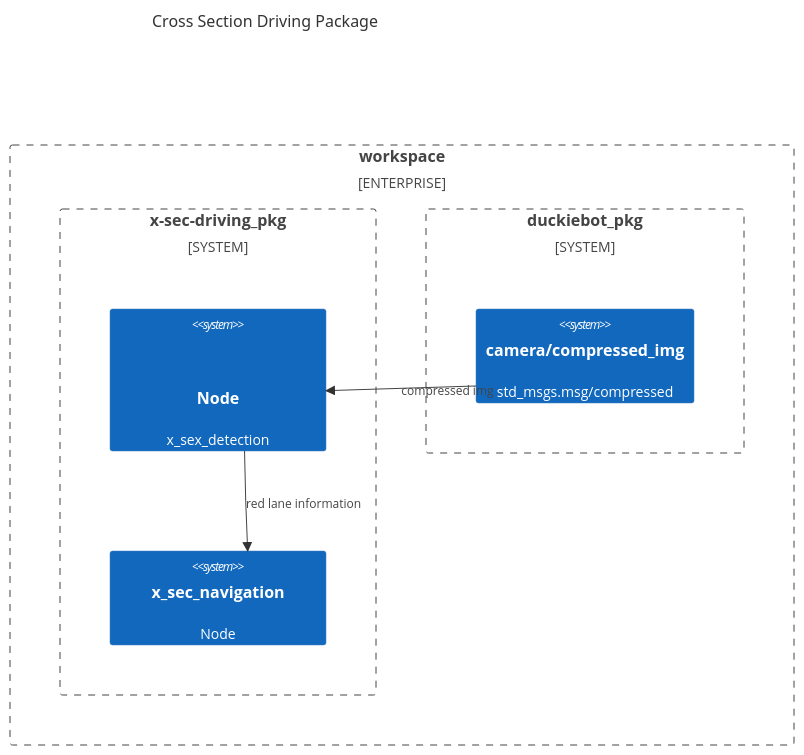
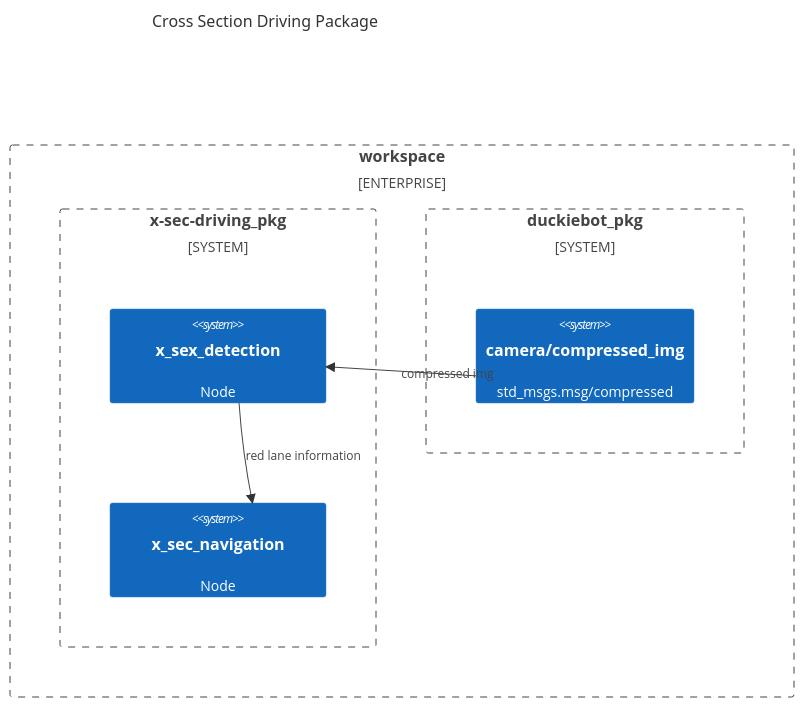
One commit to Duckietown-QuackMan/x-sec-driving changed the diagram in README.md. Above: the diagram before and after it, drawn with Mermaid.

````diff
--- a/README.md
+++ b/README.md
@@ -4,19 +4,19 @@
 ```mermaid
 C4Context
 title Cross Section Driving Package
 
 Enterprise_Boundary(b1, "workspace", "includes all packages") {
 
   System_Boundary(b2, "x-sec-driving_pkg", "Package") {
-    System(SystemA,"Node", "x_sex_detection", "Node")
+    System(SystemA,"x_sex_detection", "Node")
     System(SystemB, "x_sec_navigation", "Node")
   }
 
   System_Boundary(b3, "duckiebot_pkg", "boundary") {
     System(SystemC, "camera/compressed_img", "std_msgs.msg/compressed")
   }
 }
 
 Rel(SystemC, SystemA, "compressed img")
 Rel(SystemA, SystemB, "red lane information")
 ```
````
